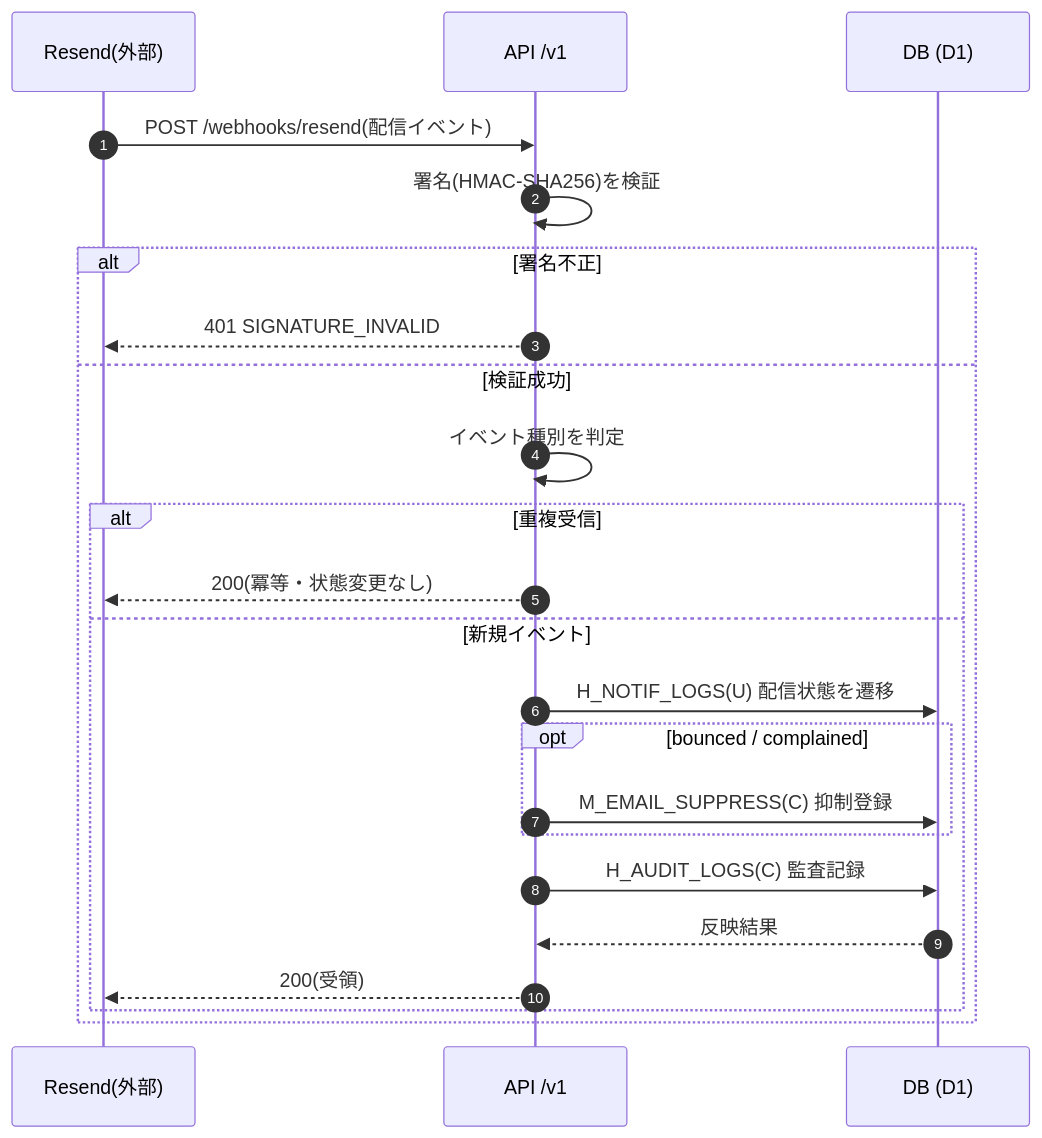
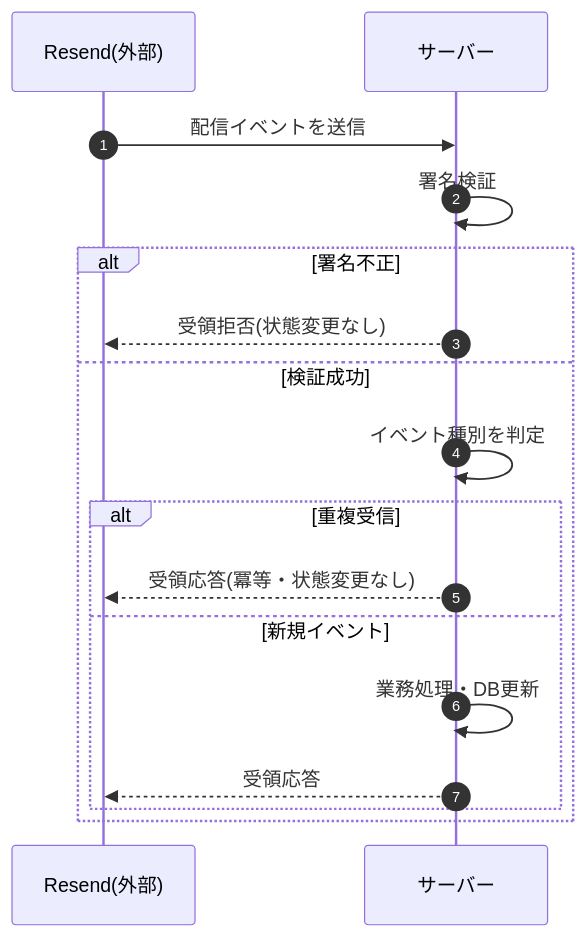
One commit to sikakou54/open-faq changed the diagram in 02_basic_design/05_sequences/SEQ-091.md. Above: the diagram before and after it, drawn with Mermaid. The commit also changed other lines of this file and 108 other files, not shown here.

First line of the commit message:
基本設計: シーケンス図を基本設計粒度(ユーザー/画面/サーバー)へ再編成

````diff
--- a/02_basic_design/05_sequences/SEQ-091.md
+++ b/02_basic_design/05_sequences/SEQ-091.md
@@ -25,25 +32,19 @@
 ```mermaid
 sequenceDiagram
   autonumber
   participant R as Resend(外部)
-  participant API as API /v1
-  participant DB as DB (D1)
-  R->>API: POST /webhooks/resend(配信イベント)
-  API->>API: 署名(HMAC-SHA256)を検証
+  participant Server as サーバー
+  R->>Server: 配信イベントを送信
+  Server->>Server: 署名検証
   alt 署名不正
-    API-->>R: 401 SIGNATURE_INVALID
+    Server-->>R: 受領拒否(状態変更なし)
   else 検証成功
-    API->>API: イベント種別を判定
+    Server->>Server: イベント種別を判定
     alt 重複受信
-      API-->>R: 200(冪等・状態変更なし)
+      Server-->>R: 受領応答(冪等・状態変更なし)
     else 新規イベント
-      API->>DB: H_NOTIF_LOGS(U) 配信状態を遷移
-      opt bounced / complained
-        API->>DB: M_EMAIL_SUPPRESS(C) 抑制登録
-      end
-      API->>DB: H_AUDIT_LOGS(C) 監査記録
-      DB-->>API: 反映結果
-      API-->>R: 200(受領)
+      Server->>Server: 業務処理・DB更新
+      Server-->>R: 受領応答
     end
   end
 ```
````
